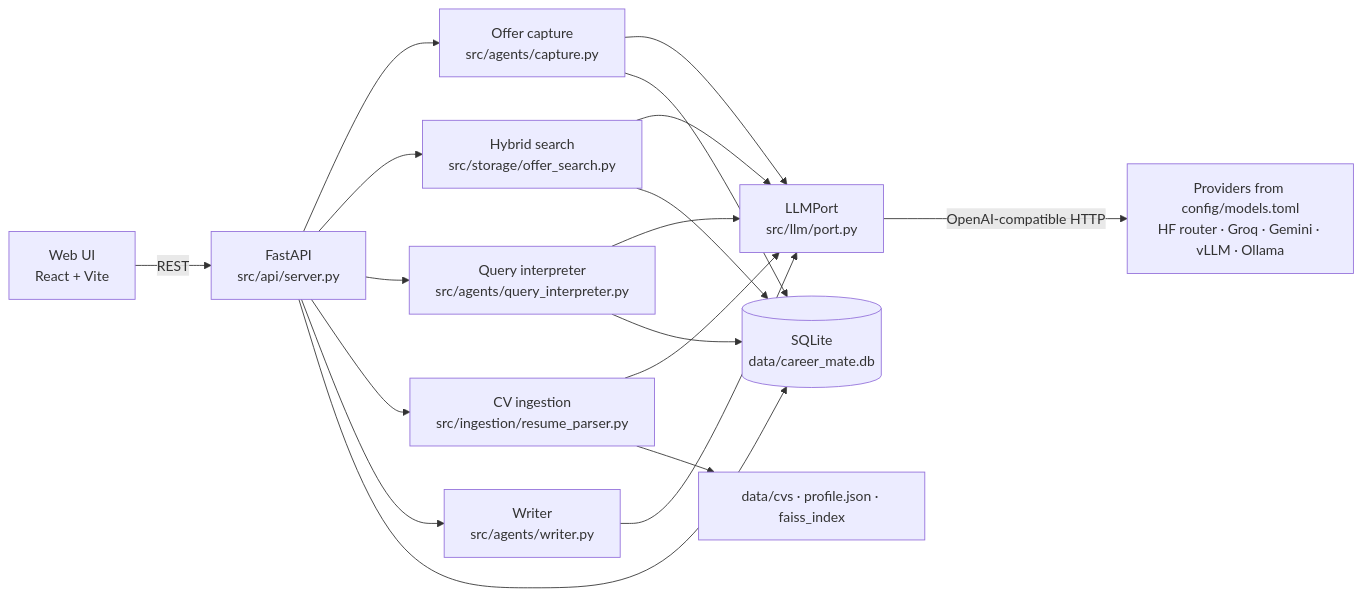
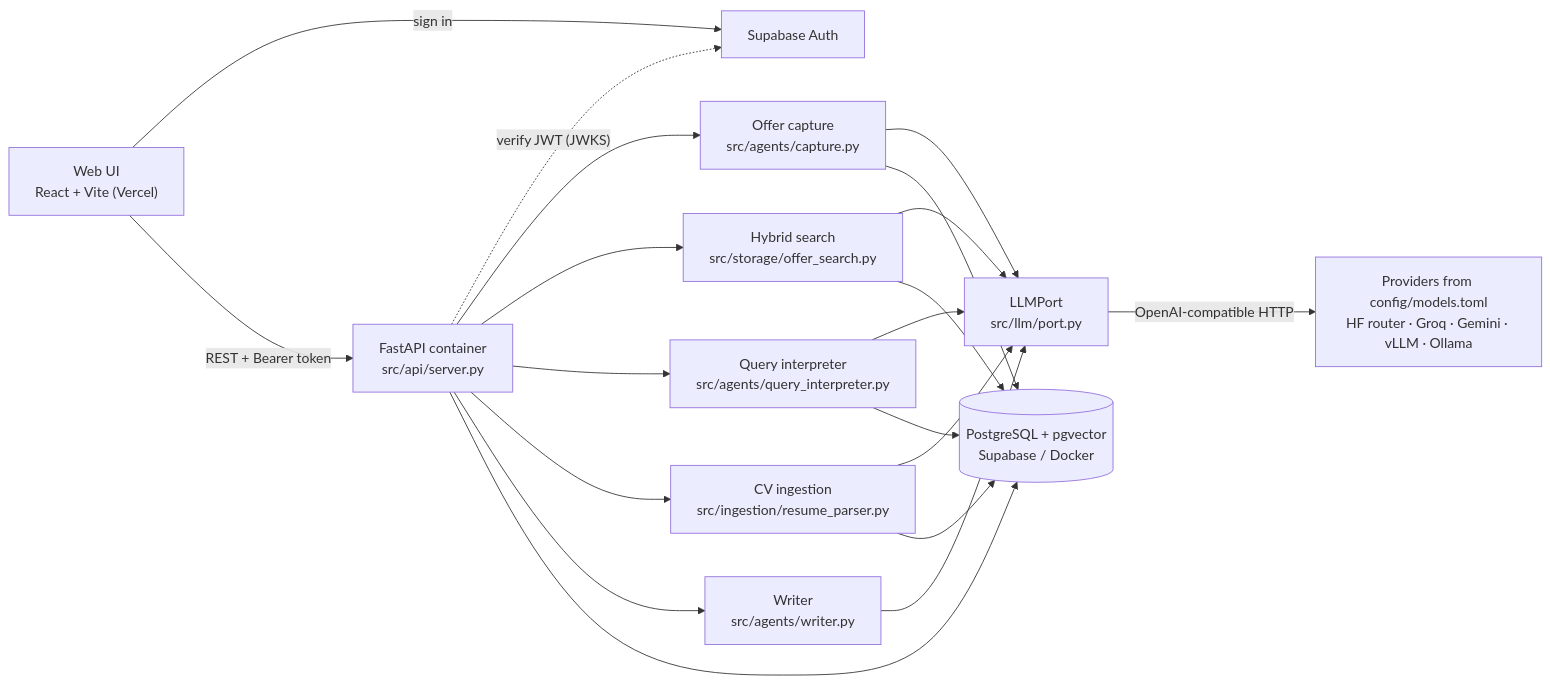
Before and after one commit to ifatmagamha/Career-Mate: the diagram in README.md, drawn with Mermaid. The commit also changed other lines of this file and 70 other files, not shown here.

````diff
--- a/README.md
+++ b/README.md
@@ -40,13 +43,14 @@
 ```mermaid
 flowchart LR
-  UI["Web UI<br/>React + Vite"] -->|REST| API["FastAPI<br/>src/api/server.py"]
+  UI["Web UI<br/>React + Vite (Vercel)"] -->|"sign in"| AUTH["Supabase Auth"]
+  UI -->|"REST + Bearer token"| API["FastAPI container<br/>src/api/server.py"]
+  API -.->|"verify JWT (JWKS)"| AUTH
   API --> CAP["Offer capture<br/>src/agents/capture.py"]
   API --> SEARCH["Hybrid search<br/>src/storage/offer_search.py"]
   API --> ASK["Query interpreter<br/>src/agents/query_interpreter.py"]
   API --> CV["CV ingestion<br/>src/ingestion/resume_parser.py"]
   API --> GEN["Writer<br/>src/agents/writer.py"]
   CAP & ASK & CV & GEN & SEARCH --> PORT["LLMPort<br/>src/llm/port.py"]
   PORT -->|OpenAI-compatible HTTP| PROV["Providers from config/models.toml<br/>HF router · Groq · Gemini · vLLM · Ollama"]
-  CAP & SEARCH & ASK & API --> DB[("SQLite<br/>data/career_mate.db")]
-  CV --> FILES["data/cvs · profile.json · faiss_index"]
+  CAP & SEARCH & ASK & CV & API --> DB[("PostgreSQL + pgvector<br/>Supabase / Docker")]
 ```
````
